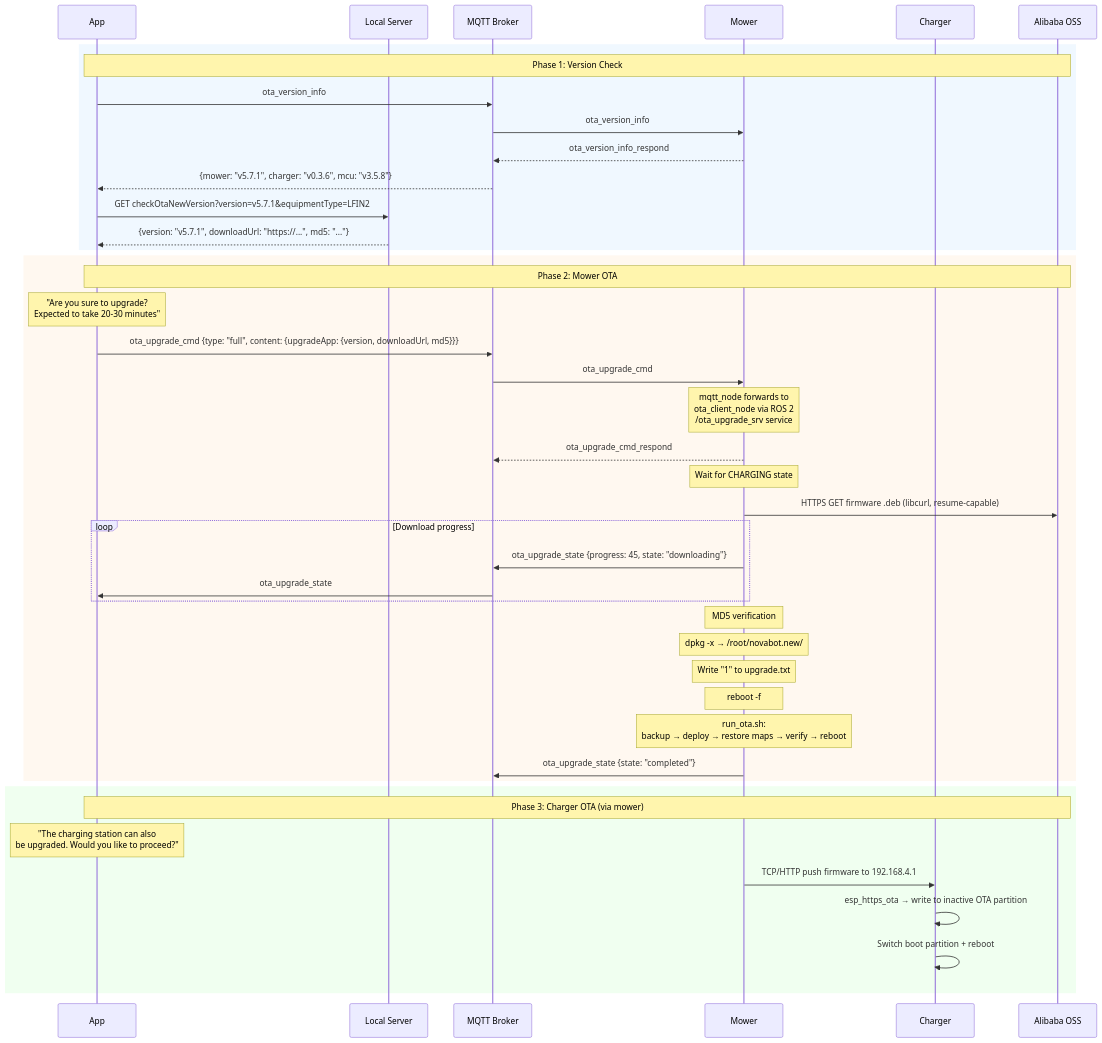
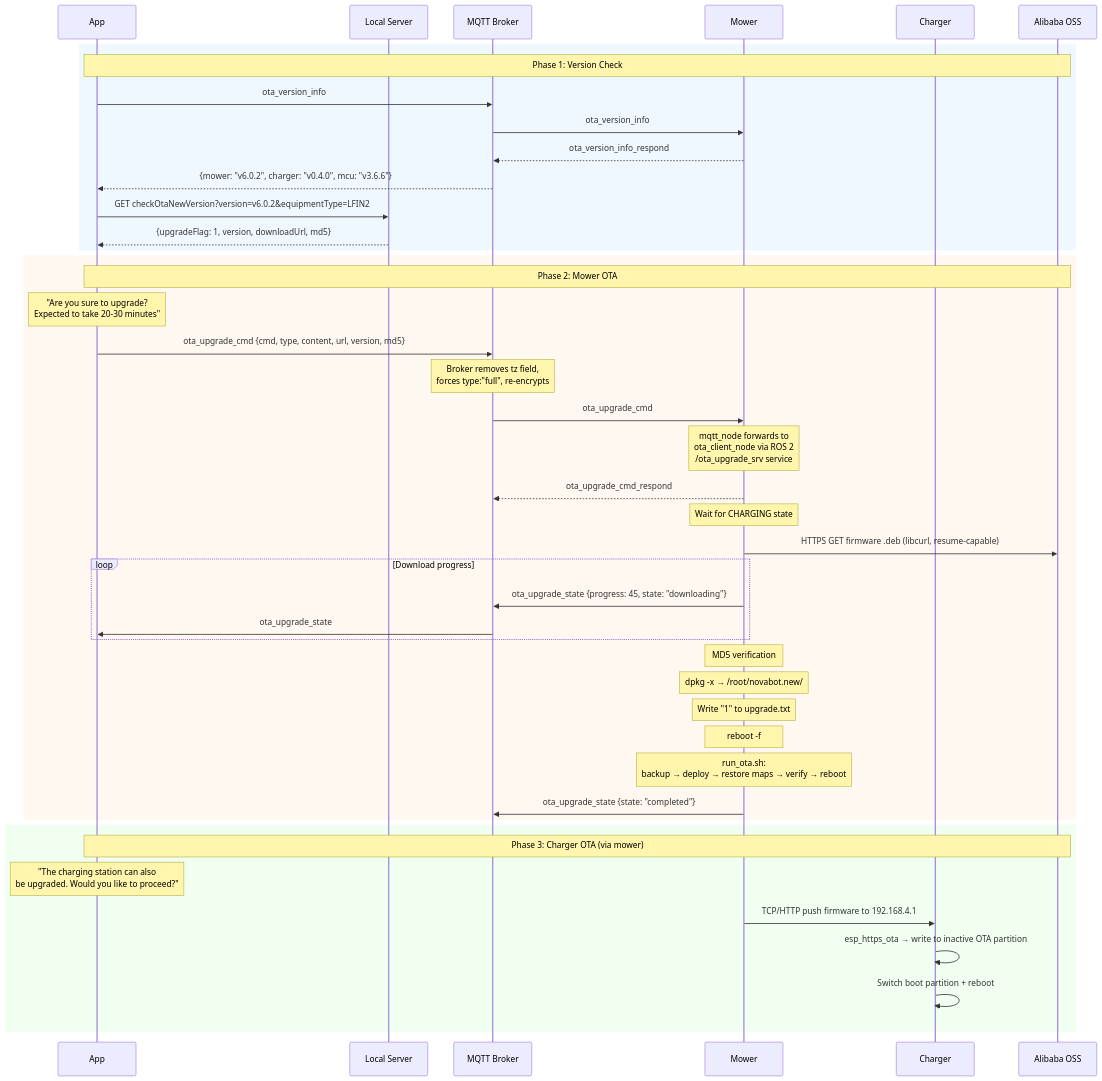
The first of 4 diagrams in docs/flows/ota-update.md (rvbcrs/Novabot), drawn with Mermaid before and after one commit. The commit also changed other lines of this file and 72 other files, not shown here.

````diff
--- a/docs/flows/ota-update.md
+++ b/docs/flows/ota-update.md
@@ -9,58 +9,59 @@
 ```mermaid
 sequenceDiagram
     participant App
     participant Server as Local Server
     participant MQTT as MQTT Broker
     participant Mower
     participant Charger
     participant Cloud as Alibaba OSS
 
     rect rgb(240, 248, 255)
         Note over App,Cloud: Phase 1: Version Check
         App->>MQTT: ota_version_info
         MQTT->>Mower: ota_version_info
         Mower-->>MQTT: ota_version_info_respond
-        MQTT-->>App: {mower: "v5.7.1", charger: "v0.3.6", mcu: "v3.5.8"}
+        MQTT-->>App: {mower: "v6.0.2", charger: "v0.4.0", mcu: "v3.6.6"}
 
-        App->>Server: GET checkOtaNewVersion?version=v5.7.1&equipmentType=LFIN2
-        Server-->>App: {version: "v5.7.1", downloadUrl: "https://...", md5: "..."}
+        App->>Server: GET checkOtaNewVersion?version=v6.0.2&equipmentType=LFIN2
+        Server-->>App: {upgradeFlag: 1, version, downloadUrl, md5}
     end
 
     rect rgb(255, 248, 240)
         Note over App,Cloud: Phase 2: Mower OTA
         Note over App: "Are you sure to upgrade?<br/>Expected to take 20-30 minutes"
 
-        App->>MQTT: ota_upgrade_cmd {type: "full", content: {upgradeApp: {version, downloadUrl, md5}}}
+        App->>MQTT: ota_upgrade_cmd {cmd, type, content, url, version, md5}
+        Note over MQTT: Broker removes tz field,<br/>forces type:"full", re-encrypts
         MQTT->>Mower: ota_upgrade_cmd
 
         Note over Mower: mqtt_node forwards to<br/>ota_client_node via ROS 2<br/>/ota_upgrade_srv service
 
         Mower-->>MQTT: ota_upgrade_cmd_respond
 
         Note over Mower: Wait for CHARGING state
 
         Mower->>Cloud: HTTPS GET firmware .deb (libcurl, resume-capable)
 
         loop Download progress
             Mower->>MQTT: ota_upgrade_state {progress: 45, state: "downloading"}
             MQTT->>App: ota_upgrade_state
         end
 
         Note over Mower: MD5 verification
         Note over Mower: dpkg -x → /root/novabot.new/
         Note over Mower: Write "1" to upgrade.txt
         Note over Mower: reboot -f
 
         Note over Mower: run_ota.sh:<br/>backup → deploy → restore maps → verify → reboot
         Mower->>MQTT: ota_upgrade_state {state: "completed"}
     end
 
     rect rgb(240, 255, 240)
         Note over App,Cloud: Phase 3: Charger OTA (via mower)
         Note over App: "The charging station can also<br/>be upgraded. Would you like to proceed?"
 
         Mower->>Charger: TCP/HTTP push firmware to 192.168.4.1
         Charger->>Charger: esp_https_ota → write to inactive OTA partition
         Charger->>Charger: Switch boot partition + reboot
     end
 ```
````
